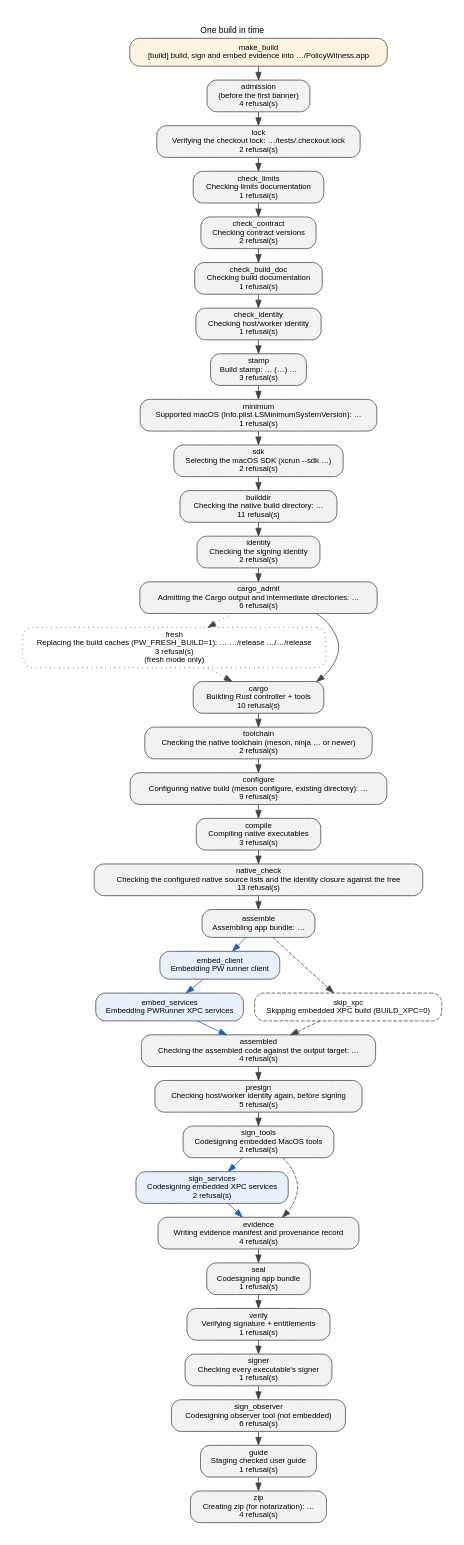
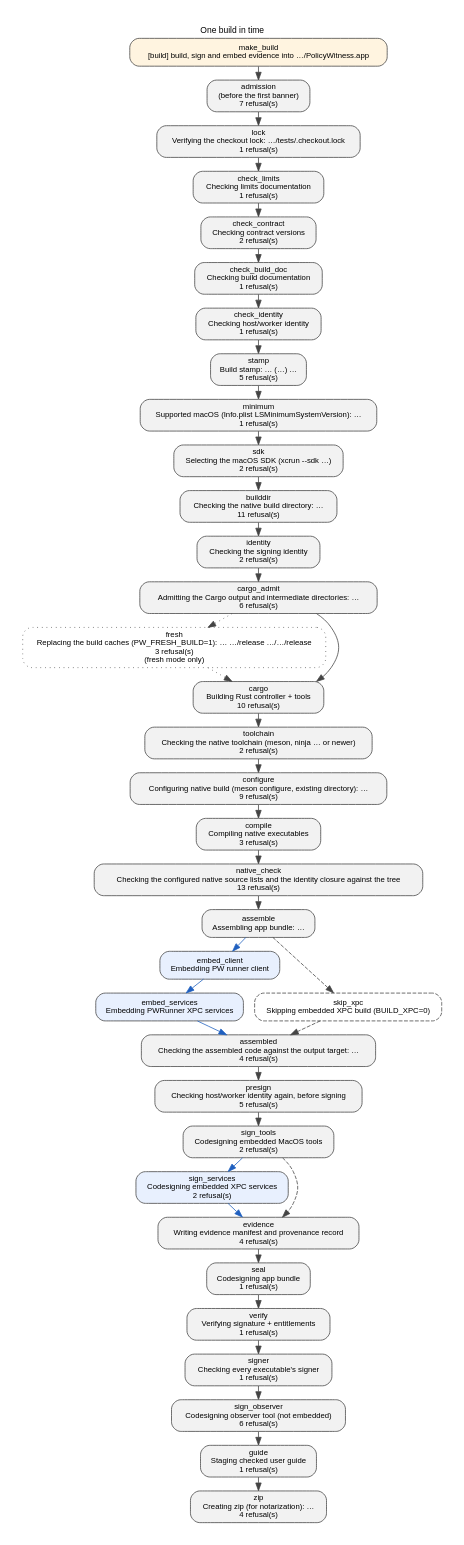
Before and after one commit to Protonk/PolicyWitness: the diagram in docs/build-steps.dot, drawn with Graphviz. The commit also changed 32 other files, not shown here.

```diff
--- a/docs/build-steps.dot
+++ b/docs/build-steps.dot
@@ -3,13 +3,13 @@
     node [fontname="Helvetica", fontsize=10, shape=box, style="rounded,filled", fillcolor="#f2f2f2", color="#444444"];
     edge [fontname="Helvetica", fontsize=9, color="#444444"];
     make_build [label="make_build\n[build] build, sign and embed evidence into …/PolicyWitness.app", URL="BUILD.md#one-build-in-time", tooltip="make_build: reads IDENTITY, DIST_DIR and, when the caller set it, PW_FRESH_BUILD from the make command line or environment; writes nothing; runs build.sh with them", fillcolor="#fff4e0"];
-    admission [label="admission\n(before the first banner)\n4 refusal(s)", URL="BUILD.md#one-build-in-time", tooltip="admission: reads BUILD_XPC, PW_INSPECTION, PW_FRESH_BUILD and the argument list (--help prints the usage and exits before any check, after the knobs are validated); whether each tracked input the build copies exists; without a claim in the environment, the caller's SDKROOT, CPATH, LIBRARY_PATH, MANPATH and LC_CTYPE, recorded by the shell front end's builtins before any Python runs, and tests/.checkout.lock, which the owner it starts takes before supervising the script again under it; writes the owner record in tests/.checkout.lock (pid, start time, acquisition nonce and admission socket identity) for as long as the owner and its protected children hold it; nothing else"];
-    lock [label="lock\nVerifying the checkout lock: …/tests/.checkout.lock\n2 refusal(s)", URL="BUILD.md#one-build-in-time", tooltip="lock: reads the channel's socket identity matching the acquisition record and its kernel-reported peer PID matching the acquisition owner and the owner's handoff over the channel the claim names: the held descriptor, open on this checkout's lock file, the acquisition nonce its owner record carries and the requests the owner bound to that acquisition; never the environment alone; writes SDKROOT, CPATH, LIBRARY_PATH, MANPATH and LC_CTYPE restored to the caller's recorded state; nothing on disk"];
+    admission [label="admission\n(before the first banner)\n7 refusal(s)", URL="BUILD.md#one-build-in-time", tooltip="admission: reads BUILD_XPC, PW_INSPECTION, PW_FRESH_BUILD, arguments and tracked inputs; the developer directory selected by xcode-select under DEVELOPER_DIR, whose executable usr/bin/python3 each entry resolves independently; without a claim, the shell front end witnesses SDKROOT, CPATH, LIBRARY_PATH, MANPATH and LC_CTYPE and starts the lock owner directly; writes the owner record in tests/.checkout.lock (pid, start time, acquisition nonce and admission socket identity) for as long as the owner and its protected children hold it; nothing else"];
+    lock [label="lock\nVerifying the checkout lock: …/tests/.checkout.lock\n1 refusal(s)", URL="BUILD.md#one-build-in-time", tooltip="lock: reads the channel's socket identity matching the acquisition record and its kernel-reported peer PID matching the acquisition owner and the owner's handoff over the channel the claim names: the held descriptor, open on this checkout's lock file, the acquisition nonce its owner record carries; never the environment alone; writes nothing on disk; verifies the inherited lock claim without restoring environment values"];
     check_limits [label="check_limits\nChecking limits documentation\n1 refusal(s)", URL="BUILD.md#one-build-in-time", tooltip="check_limits: reads docs/limits.json and the documents it renders; writes nothing"];
     check_contract [label="check_contract\nChecking contract versions\n2 refusal(s)", URL="BUILD.md#one-build-in-time", tooltip="check_contract: reads docs/contract.json, docs/architecture.json and their generated copies; writes nothing"];
     check_build_doc [label="check_build_doc\nChecking build documentation\n1 refusal(s)", URL="BUILD.md#one-build-in-time", tooltip="check_build_doc: reads docs/build.json, build.sh, meson.build, the Makefile, the inventories, the baseline and the generated copies; writes nothing"];
     check_identity [label="check_identity\nChecking host/worker identity\n1 refusal(s)", URL="BUILD.md#one-build-in-time", tooltip="check_identity: reads the identity inputs and the three generated copies; writes nothing"];
-    stamp [label="stamp\nBuild stamp: … (…) …\n3 refusal(s)", URL="BUILD.md#one-build-in-time", tooltip="stamp: reads git describe, rev-parse and rev-list, or PW_VERSION and PW_BUILD_NUMBER from the environment; writes the four stamp variables for Cargo and the plists; after admitting builddir/, controller/target/, its release/, its aarch64-apple-darwin/ and that directory's release/, and the session destination, controller/target/ when it is missing and the build session file, opened with the stamp, the three knobs, the fixed output target, the acquisition nonce and the owner's requests"];
+    stamp [label="stamp\nBuild stamp: … (…) …\n5 refusal(s)", URL="BUILD.md#one-build-in-time", tooltip="stamp: reads git describe, rev-parse and rev-list, or PW_VERSION and PW_BUILD_NUMBER from the environment; the environment witness compared with the starting environment (SDKROOT supplied from before its removal); writes the four stamp variables for Cargo and the plists; after admitting builddir/, controller/target/, its release/, its aarch64-apple-darwin/ and that directory's release/, and the session destination, controller/target/ when it is missing and the build session file, opened with the stamp, the three knobs, the fixed output target, the acquisition nonce and the build's witnessed starting environment as requests"];
     minimum [label="minimum\nSupported macOS (Info.plist LSMinimumSystemVersion): …\n1 refusal(s)", URL="BUILD.md#one-build-in-time", tooltip="minimum: reads LSMinimumSystemVersion in Info.plist; writes MACOSX_DEPLOYMENT_TARGET for Cargo"];
     sdk [label="sdk\nSelecting the macOS SDK (xcrun --sdk …)\n2 refusal(s)", URL="BUILD.md#one-build-in-time", tooltip="sdk: reads the SDK path and numeric version xcrun reports under DEVELOPER_DIR for the macosx default, or for the SDK a caller's SDKROOT names; writes SDKROOT for Cargo and Meson, resolved by xcrun, and the SDK version every shipped output must carry"];
     builddir [label="builddir\nChecking the native build directory: …\n11 refusal(s)", URL="BUILD.md#one-build-in-time", tooltip="builddir: reads in incremental mode: builddir/meson-info/meson-info.json and builddir/pw-toolchain.json when the directory is configured: its output target (Meson's host machine, the targets' architecture selections and the Cargo triple), compared with the required target and then with Meson's introspection of the directory before any probe, and the stamped SDK, developer directory, compiler commands and Rust compiler probed now; in fresh mode nothing, since the directory is replaced; writes the toolchain observation into the build session"];
```
